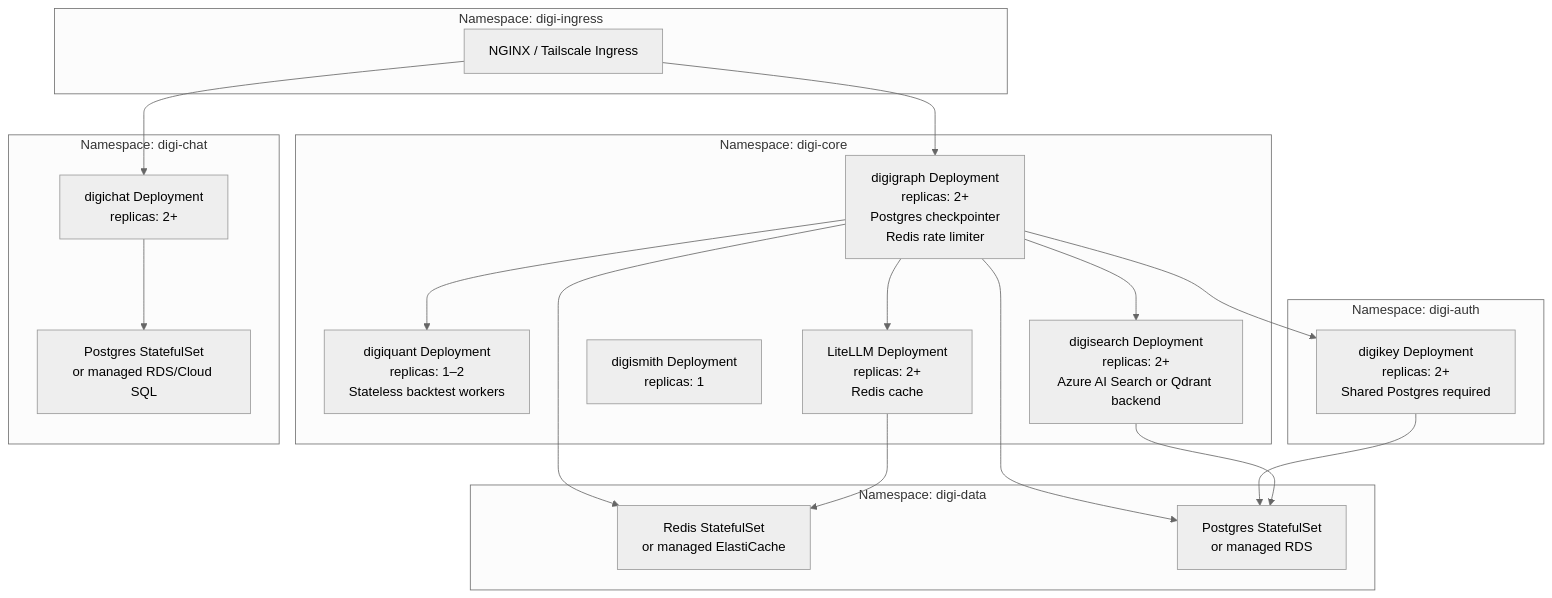
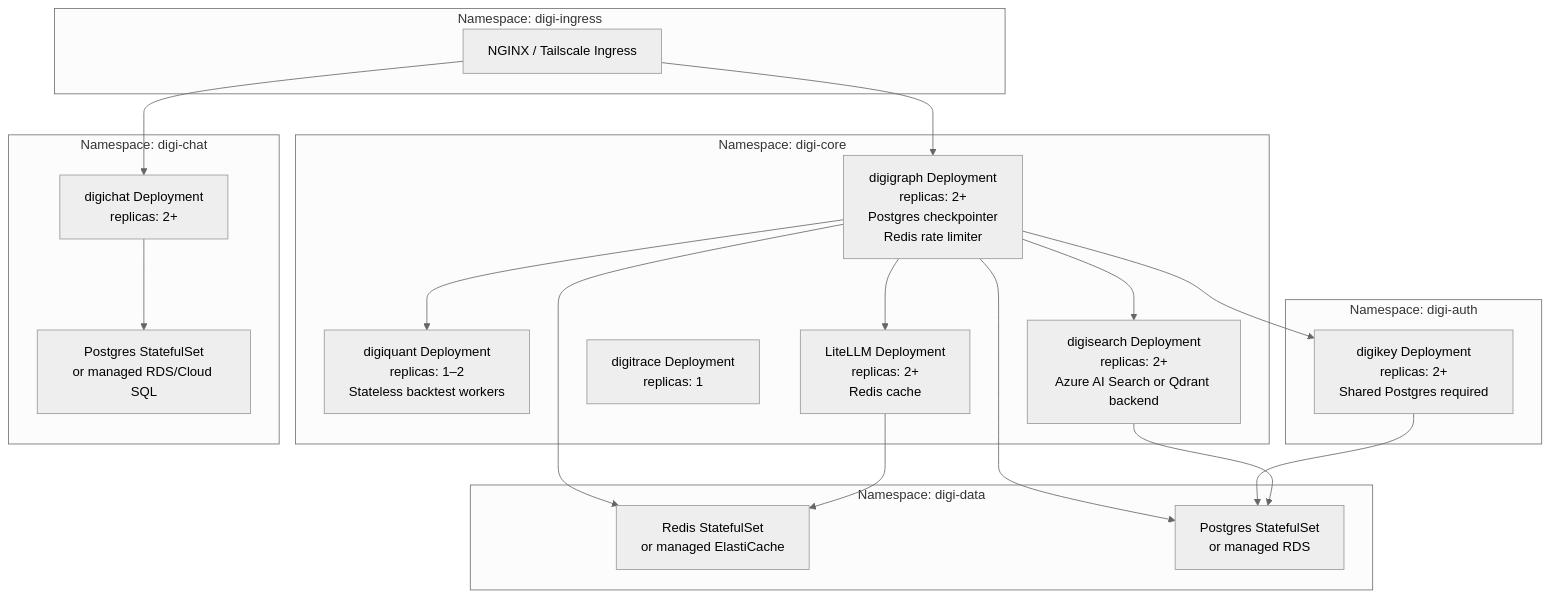
The fourth of 4 diagrams in ARCHITECTURE.md (digithings-ai/digithings), drawn with Mermaid (neutral theme) before and after one commit. The commit also changed other lines of this file and 209 other files, not shown here.

First line of the commit message:
feat(digitrace): rename digismith → digitrace (Phase 0)

````diff
--- a/ARCHITECTURE.md
+++ b/ARCHITECTURE.md
@@ -541,36 +541,36 @@
 ```mermaid
 graph TD
     subgraph ns-ingress [Namespace: digi-ingress]
         Ingress[NGINX / Tailscale Ingress]
     end
     subgraph ns-core [Namespace: digi-core]
         DG[digigraph Deployment\nreplicas: 2+\nPostgres checkpointer\nRedis rate limiter]
         DQ[digiquant Deployment\nreplicas: 1–2\nStateless backtest workers]
         DS[digisearch Deployment\nreplicas: 2+\nAzure AI Search or Qdrant backend]
-        SM[digismith Deployment\nreplicas: 1]
+        SM[digitrace Deployment\nreplicas: 1]
         LM[LiteLLM Deployment\nreplicas: 2+\nRedis cache]
     end
     subgraph ns-auth [Namespace: digi-auth]
         DK[digikey Deployment\nreplicas: 2+\nShared Postgres required]
     end
     subgraph ns-chat [Namespace: digi-chat]
         DC[digichat Deployment\nreplicas: 2+]
         DCDB[Postgres StatefulSet\nor managed RDS/Cloud SQL]
     end
     subgraph ns-data [Namespace: digi-data]
         Redis[Redis StatefulSet\nor managed ElastiCache]
         PG[Postgres StatefulSet\nor managed RDS]
     end
     Ingress --> DG
     Ingress --> DC
     DG --> DK
     DG --> DS
     DG --> DQ
     DG --> LM
     DG --> PG
     DG --> Redis
     DK --> PG
     DS --> PG
     DC --> DCDB
     LM --> Redis
 ```
````
